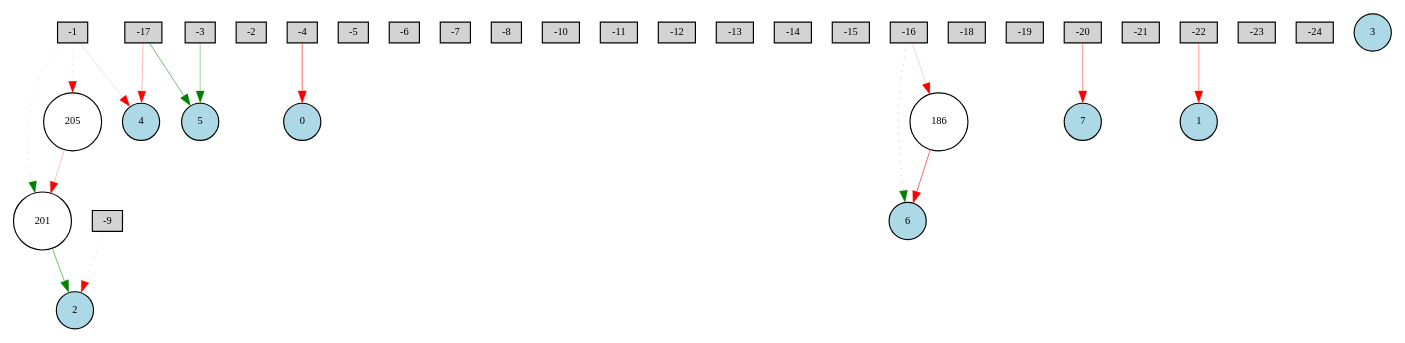
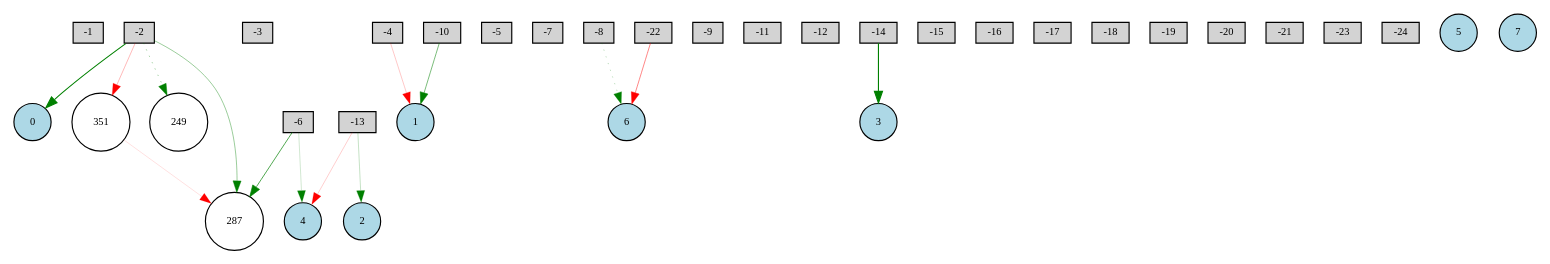
One commit to BhargavaGowda/NEAT-GymPython changed the diagram in Digraph.gv. Above: the diagram before and after it, drawn with Graphviz. The commit also changed 43 other files, not shown here.

```diff
--- a/Digraph.gv
+++ b/Digraph.gv
@@ -1,53 +1,52 @@
 digraph {
 	node [fontsize=9 height=0.2 shape=circle width=0.2]
 	-1 [fillcolor=lightgray shape=box style=filled]
 	-2 [fillcolor=lightgray shape=box style=filled]
 	-3 [fillcolor=lightgray shape=box style=filled]
 	-4 [fillcolor=lightgray shape=box style=filled]
 	-5 [fillcolor=lightgray shape=box style=filled]
 	-6 [fillcolor=lightgray shape=box style=filled]
 	-7 [fillcolor=lightgray shape=box style=filled]
 	-8 [fillcolor=lightgray shape=box style=filled]
 	-9 [fillcolor=lightgray shape=box style=filled]
 	-10 [fillcolor=lightgray shape=box style=filled]
 	-11 [fillcolor=lightgray shape=box style=filled]
 	-12 [fillcolor=lightgray shape=box style=filled]
 	-13 [fillcolor=lightgray shape=box style=filled]
 	-14 [fillcolor=lightgray shape=box style=filled]
 	-15 [fillcolor=lightgray shape=box style=filled]
 	-16 [fillcolor=lightgray shape=box style=filled]
 	-17 [fillcolor=lightgray shape=box style=filled]
 	-18 [fillcolor=lightgray shape=box style=filled]
 	-19 [fillcolor=lightgray shape=box style=filled]
 	-20 [fillcolor=lightgray shape=box style=filled]
 	-21 [fillcolor=lightgray shape=box style=filled]
 	-22 [fillcolor=lightgray shape=box style=filled]
 	-23 [fillcolor=lightgray shape=box style=filled]
 	-24 [fillcolor=lightgray shape=box style=filled]
 	0 [fillcolor=lightblue style=filled]
 	1 [fillcolor=lightblue style=filled]
 	2 [fillcolor=lightblue style=filled]
 	3 [fillcolor=lightblue style=filled]
 	4 [fillcolor=lightblue style=filled]
 	5 [fillcolor=lightblue style=filled]
 	6 [fillcolor=lightblue style=filled]
 	7 [fillcolor=lightblue style=filled]
-	201 [fillcolor=white style=filled]
-	205 [fillcolor=white style=filled]
-	186 [fillcolor=white style=filled]
-	-1 -> 4 [color=red penwidth=0.12444482887951065 style=solid]
-	-9 -> 2 [color=red penwidth=0.19197065425193455 style=dotted]
-	-16 -> 6 [color=green penwidth=0.255761927120106 style=dotted]
-	-3 -> 5 [color=green penwidth=0.31737486688427224 style=solid]
-	-22 -> 1 [color=red penwidth=0.3324874717555075 style=solid]
-	-20 -> 7 [color=red penwidth=0.4054857221539534 style=solid]
-	-4 -> 0 [color=red penwidth=0.5050983621552952 style=solid]
-	-16 -> 186 [color=red penwidth=0.16323386802864864 style=solid]
-	186 -> 6 [color=red penwidth=0.5227468233813357 style=solid]
-	-1 -> 201 [color=green penwidth=0.16484245208161713 style=dotted]
-	201 -> 2 [color=green penwidth=0.46114207082236935 style=solid]
-	-17 -> 5 [color=green penwidth=0.4601854077192802 style=solid]
-	-1 -> 205 [color=red penwidth=0.16957905179936145 style=dotted]
-	205 -> 201 [color=red penwidth=0.2057421272644519 style=solid]
-	-17 -> 4 [color=red penwidth=0.2370783250787479 style=solid]
+	351 [fillcolor=white style=filled]
+	249 [fillcolor=white style=filled]
+	287 [fillcolor=white style=filled]
+	-2 -> 0 [color=green penwidth=0.9516926694653627 style=solid]
+	-14 -> 3 [color=green penwidth=0.9613220096998013 style=solid]
+	-22 -> 6 [color=red penwidth=0.4067437944217408 style=solid]
+	-10 -> 1 [color=green penwidth=0.44519470123876226 style=solid]
+	-13 -> 2 [color=green penwidth=0.19886187660403545 style=solid]
+	-2 -> 249 [color=green penwidth=0.35598644681772174 style=dotted]
+	-13 -> 4 [color=red penwidth=0.17070835274365745 style=solid]
+	-2 -> 287 [color=green penwidth=0.3366645621113642 style=solid]
+	-6 -> 287 [color=green penwidth=0.5939614024318647 style=solid]
+	-2 -> 351 [color=red penwidth=0.24386912378749115 style=solid]
+	351 -> 287 [color=red penwidth=0.10781019835516839 style=solid]
+	-8 -> 6 [color=green penwidth=0.24411811057989488 style=dotted]
+	-4 -> 1 [color=red penwidth=0.19262217656572342 style=solid]
+	-6 -> 4 [color=green penwidth=0.1561406079051093 style=solid]
 }
```
